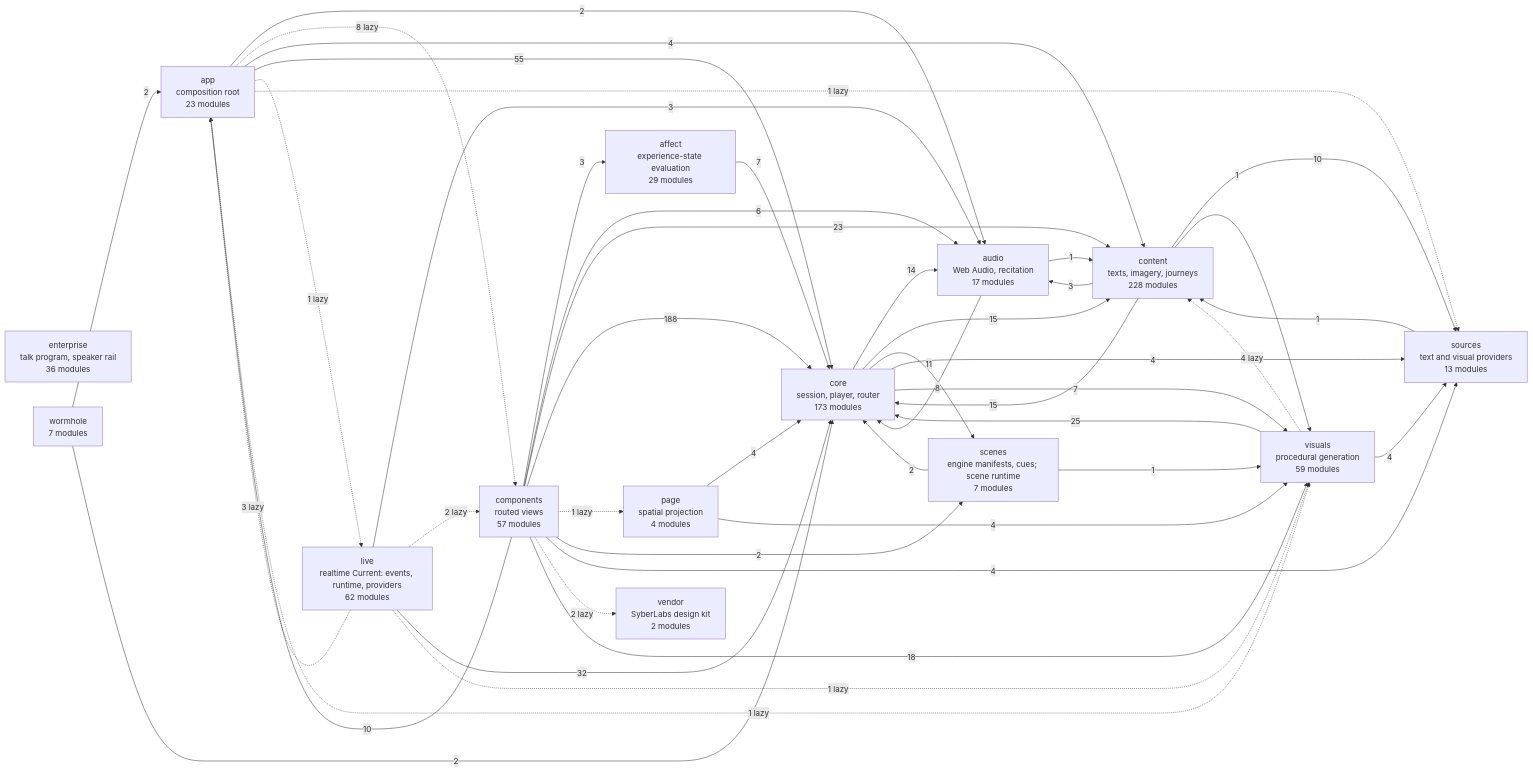
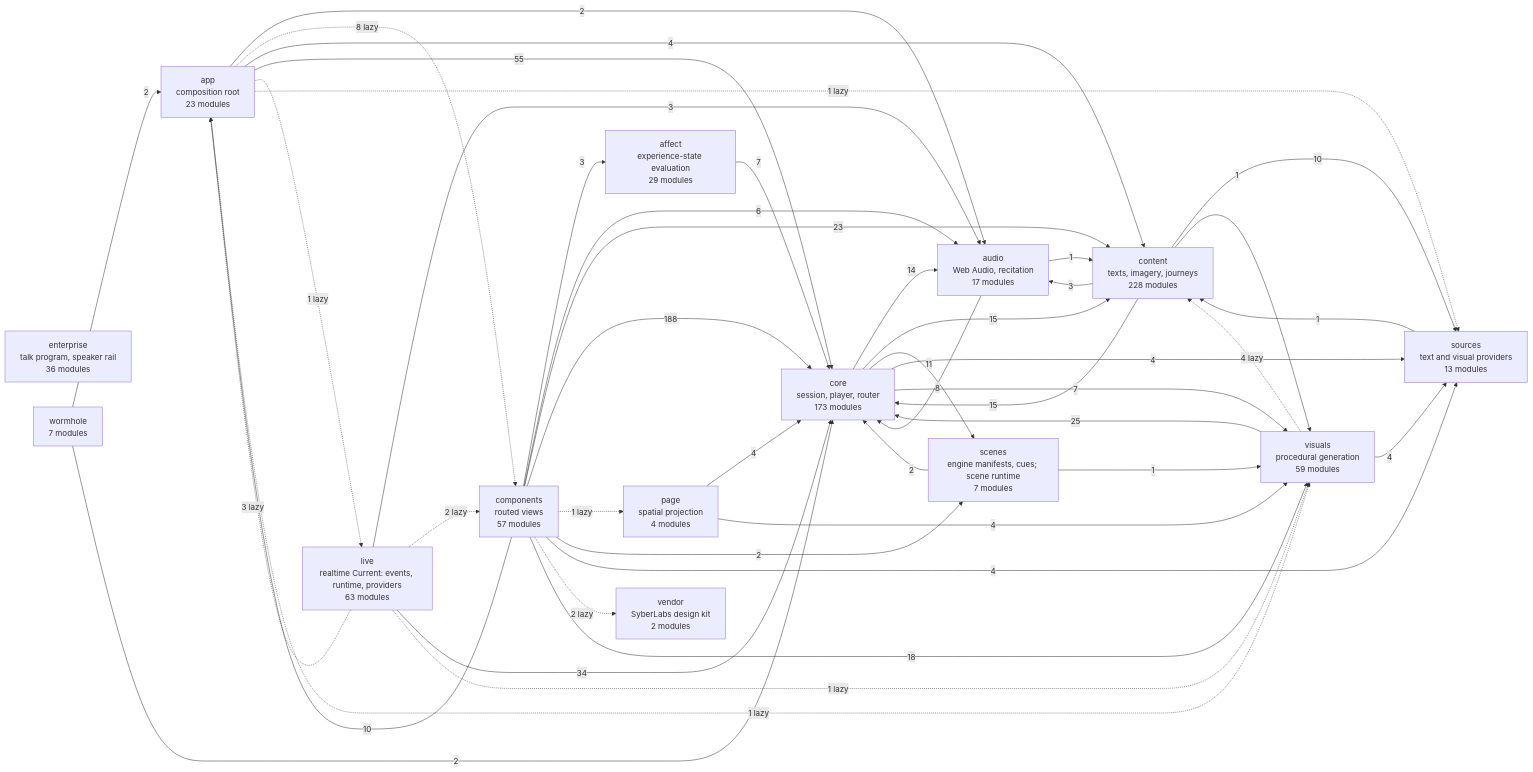
One commit to SyberLabs/RISE changed the diagram in docs/specs/ARCHITECTURE.md. Above: the diagram before and after it, drawn with Mermaid.

Commit message:
The architecture diagram, regenerated: the room's demo fixture, and live's two new core imports

````diff
--- a/docs/specs/ARCHITECTURE.md
+++ b/docs/specs/ARCHITECTURE.md
@@ -161,62 +161,62 @@
 ```mermaid
 flowchart LR
     affect["affect<br/>experience-state evaluation<br/>29 modules"]
     app["app<br/>composition root<br/>23 modules"]
     audio["audio<br/>Web Audio, recitation<br/>17 modules"]
     components["components<br/>routed views<br/>57 modules"]
     content["content<br/>texts, imagery, journeys<br/>228 modules"]
     core["core<br/>session, player, router<br/>173 modules"]
     enterprise["enterprise<br/>talk program, speaker rail<br/>36 modules"]
-    live["live<br/>realtime Current: events, runtime, providers<br/>62 modules"]
+    live["live<br/>realtime Current: events, runtime, providers<br/>63 modules"]
     page["page<br/>spatial projection<br/>4 modules"]
     scenes["scenes<br/>engine manifests, cues; scene runtime<br/>7 modules"]
     sources["sources<br/>text and visual providers<br/>13 modules"]
     vendor["vendor<br/>SyberLabs design kit<br/>2 modules"]
     visuals["visuals<br/>procedural generation<br/>59 modules"]
     wormhole["wormhole<br/>7 modules"]
 
     affect --> |7| core
     app --> |2| audio
     app -.-> |8 lazy| components
     app --> |4| content
     app --> |55| core
     app -.-> |1 lazy| live
     app -.-> |1 lazy| sources
     app -.-> |1 lazy| visuals
     audio --> |1| content
     audio --> |8| core
     components --> |3| affect
     components --> |10| app
     components --> |6| audio
     components --> |23| content
     components --> |188| core
     components -.-> |1 lazy| page
     components --> |2| scenes
     components --> |4| sources
     components -.-> |2 lazy| vendor
     components --> |18| visuals
     content --> |3| audio
     content --> |15| core
     content --> |10| sources
     content --> |1| visuals
     core --> |14| audio
     core --> |15| content
     core --> |11| scenes
     core --> |4| sources
     core --> |7| visuals
     live -.-> |3 lazy| app
     live --> |3| audio
     live -.-> |2 lazy| components
-    live --> |32| core
+    live --> |34| core
     live -.-> |1 lazy| visuals
     page --> |4| core
     page --> |4| visuals
     scenes --> |2| core
     scenes --> |1| visuals
     sources --> |1| content
     visuals -.-> |4 lazy| content
     visuals --> |25| core
     visuals --> |4| sources
     wormhole --> |2| app
     wormhole --> |2| core
 ```
````
